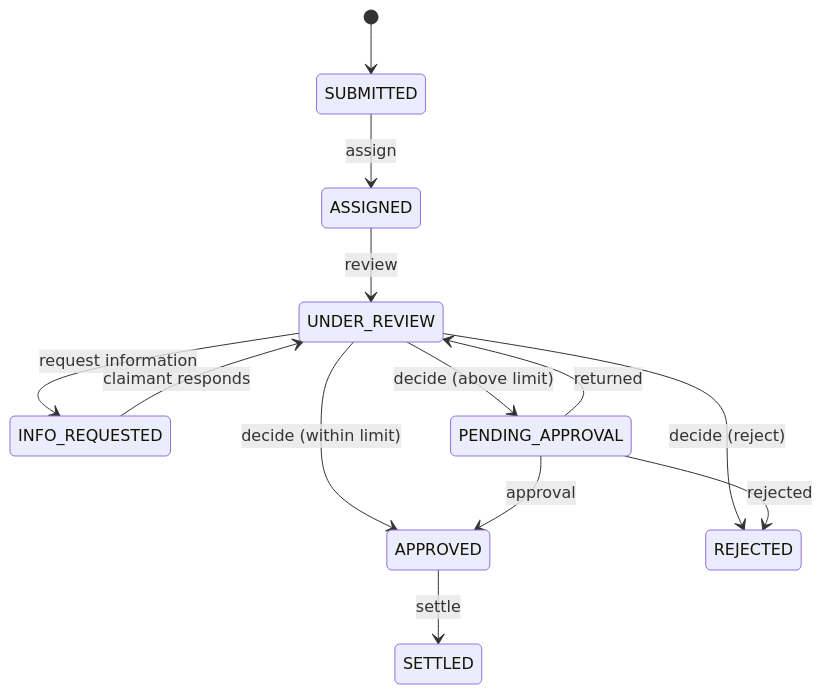
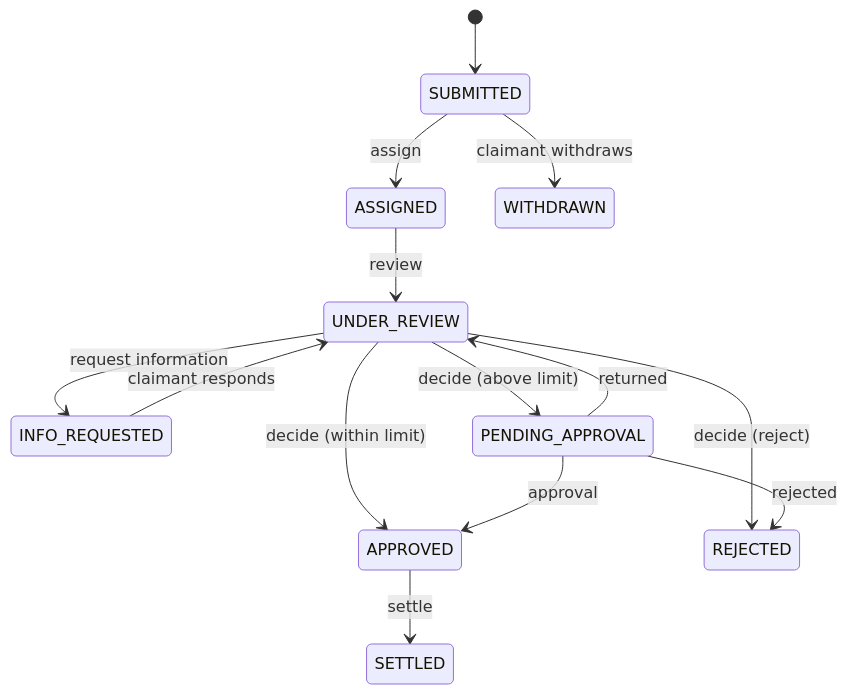
One commit to heikaliskandar/chubb-claims-platform changed the diagram in docs/features/claim-handling.md. Above: the diagram before and after it, drawn with Mermaid. The commit also changed 48 other files, not shown here.

````diff
--- a/docs/features/claim-handling.md
+++ b/docs/features/claim-handling.md
@@ -7,15 +7,16 @@
 ```mermaid
 stateDiagram-v2
     [*] --> SUBMITTED
     SUBMITTED --> ASSIGNED: assign
+    SUBMITTED --> WITHDRAWN: claimant withdraws
     ASSIGNED --> UNDER_REVIEW: review
     UNDER_REVIEW --> INFO_REQUESTED: request information
     INFO_REQUESTED --> UNDER_REVIEW: claimant responds
     UNDER_REVIEW --> APPROVED: decide (within limit)
     UNDER_REVIEW --> PENDING_APPROVAL: decide (above limit)
     UNDER_REVIEW --> REJECTED: decide (reject)
     PENDING_APPROVAL --> APPROVED: approval
     PENDING_APPROVAL --> UNDER_REVIEW: returned
     PENDING_APPROVAL --> REJECTED: rejected
     APPROVED --> SETTLED: settle
 ```
````
